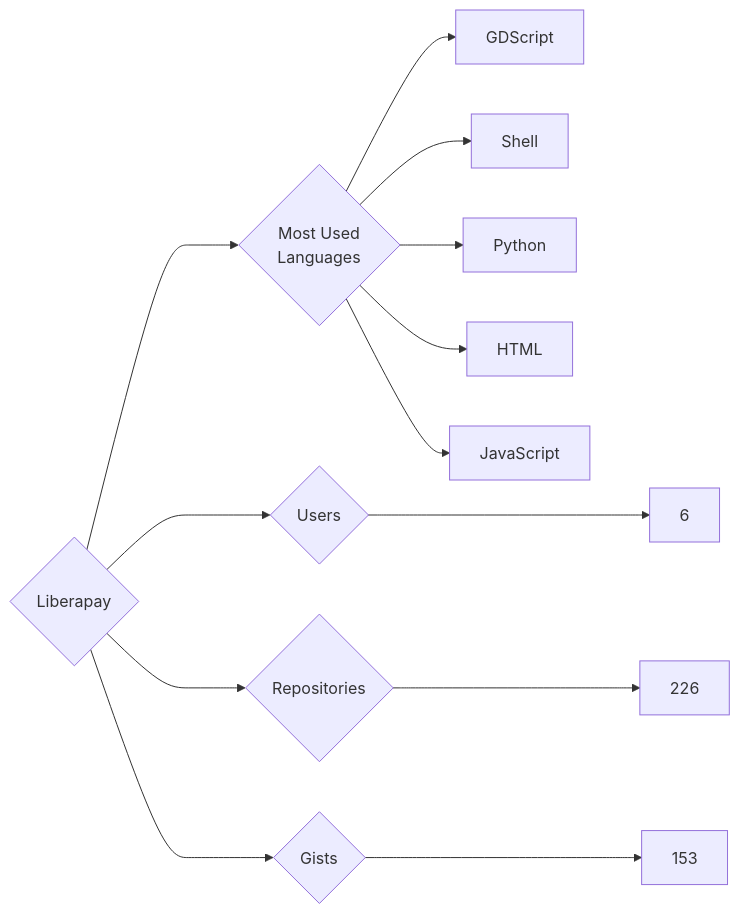
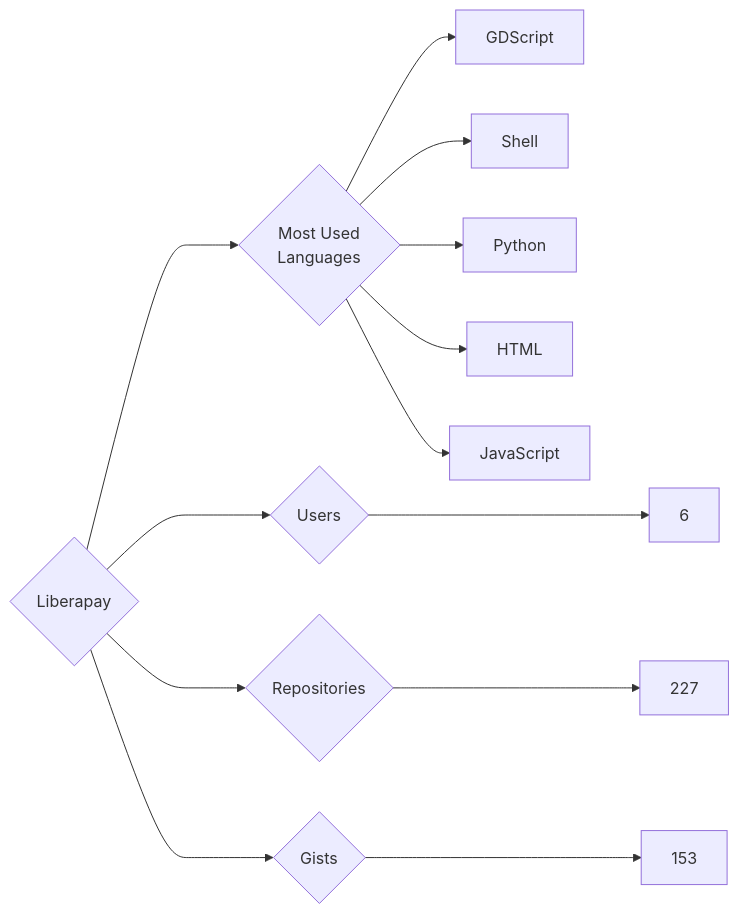
One commit to trickest/insiders changed the diagram in targets/Liberapay/README.md. Above: the diagram before and after it, drawn with Mermaid. The commit also changed 1389 other files, not shown here.

````diff
--- a/targets/Liberapay/README.md
+++ b/targets/Liberapay/README.md
@@ -3,13 +3,13 @@
 ```mermaid
 graph LR
 COMPANY_NAME{Liberapay}
 COMPANY_NAME ---> U{Users} ---> UN[6]
-COMPANY_NAME ---> R{Repositories} ---> RN[226]
+COMPANY_NAME ---> R{Repositories} ---> RN[227]
 COMPANY_NAME ---> G{Gists} ---> GN[153]
 COMPANY_NAME ---> ML{Most Used<br>Languages}
 ML --> GDScript[GDScript]
 ML --> Shell[Shell]
 ML --> Python[Python]
 ML --> HTML[HTML]
 ML --> JavaScript[JavaScript]
 ```
````
